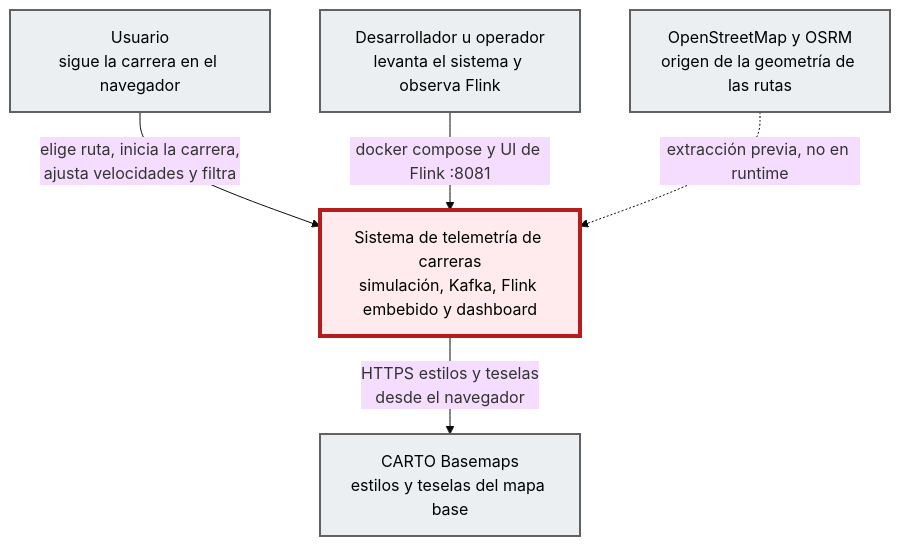
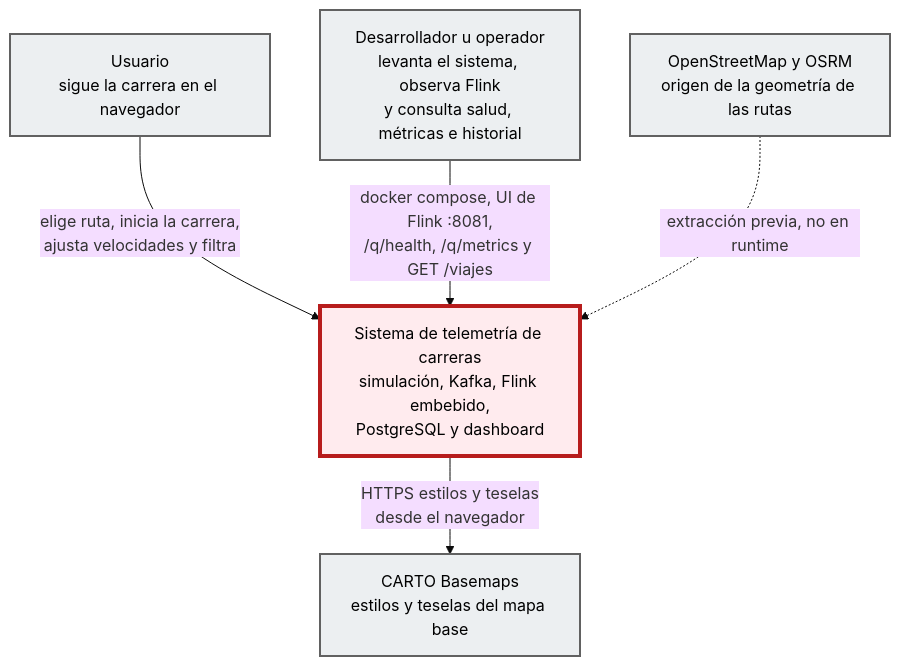
Before and after one commit to devbryan02/telemetry-flink-quarkus: the diagram in docs/c4/diagrams/context.mmd, drawn with Mermaid (base theme). The commit also changed 47 other files, not shown here.

```diff
--- a/docs/c4/diagrams/context.mmd
+++ b/docs/c4/diagrams/context.mmd
@@ -1,14 +1,14 @@
 flowchart TB
   usuario["Usuario<br/>sigue la carrera en el navegador"]
-  operador["Desarrollador u operador<br/>levanta el sistema y observa Flink"]
-  sistema["Sistema de telemetría de carreras<br/>simulación, Kafka, Flink embebido y dashboard"]
+  operador["Desarrollador u operador<br/>levanta el sistema, observa Flink<br/>y consulta salud, métricas e historial"]
+  sistema["Sistema de telemetría de carreras<br/>simulación, Kafka, Flink embebido,<br/>PostgreSQL y dashboard"]
   carto["CARTO Basemaps<br/>estilos y teselas del mapa base"]
   osm["OpenStreetMap y OSRM<br/>origen de la geometría de las rutas"]
   usuario -->|"elige ruta, inicia la carrera,<br/>ajusta velocidades y filtra"| sistema
-  operador -->|"docker compose y UI de Flink :8081"| sistema
+  operador -->|"docker compose, UI de Flink :8081,<br/>/q/health, /q/metrics y GET /viajes"| sistema
   sistema -->|"HTTPS estilos y teselas<br/>desde el navegador"| carto
   osm -.->|"extracción previa, no en runtime"| sistema
   classDef other fill:#ECEFF1,stroke:#616161,stroke-width:2px,color:#000
   classDef focus fill:#FFEBEE,stroke:#B71C1C,stroke-width:4px,color:#000
   class usuario,operador,carto,osm other
   class sistema focus
```
